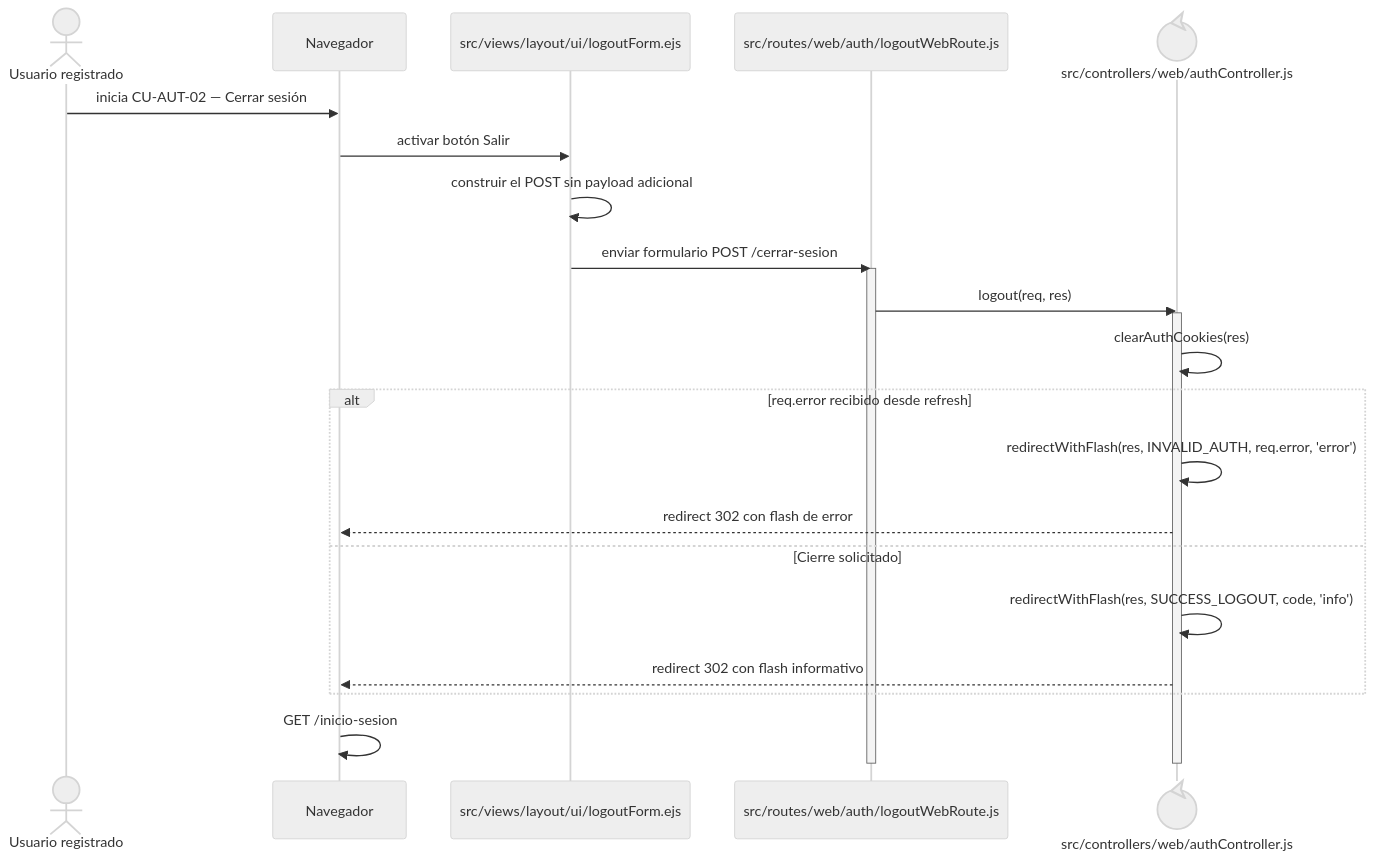
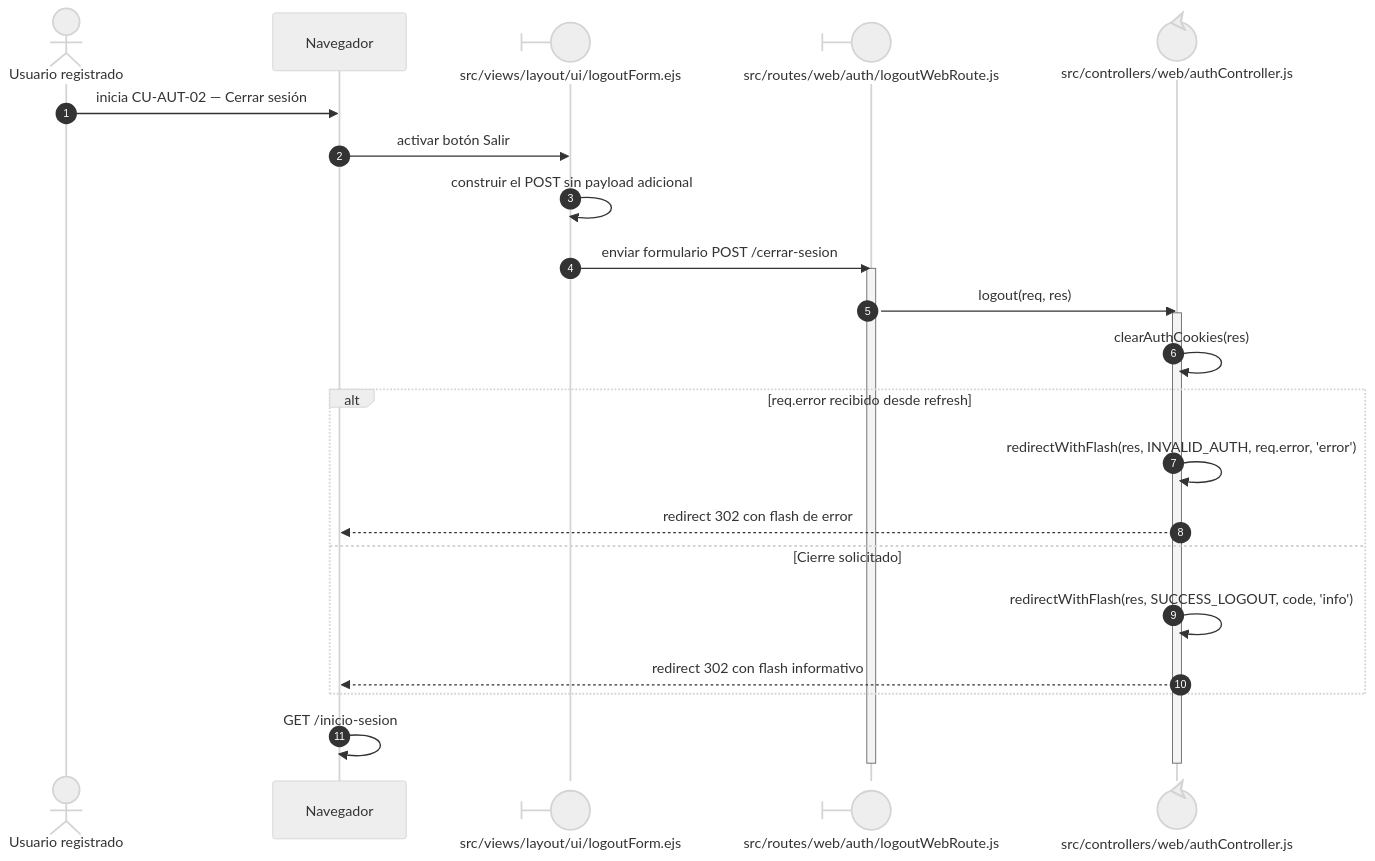
One commit to gpgsistemas01/nexus changed the diagram in docs/architecture/views/processes/frontend-code-sequences/authentication/cu-aut-02.md. Above: the diagram before and after it, drawn with Mermaid (neutral theme). The commit also changed 198 other files, not shown here.

Commit message:
docs: mejorar notación UML y distribución de diagramas Mermaid

````diff
--- a/docs/architecture/views/processes/frontend-code-sequences/authentication/cu-aut-02.md
+++ b/docs/architecture/views/processes/frontend-code-sequences/authentication/cu-aut-02.md
@@ -6,27 +6,28 @@
 ```mermaid
 sequenceDiagram
+    autonumber
     actor Initiator as Usuario registrado
     participant Browser as Navegador
-    participant View as src/views/layout/ui/logoutForm.ejs
-    participant Route as src/routes/web/auth/logoutWebRoute.js
+    participant View@{ "type": "boundary" } as src/views/layout/ui/logoutForm.ejs
+    participant Route@{ "type": "boundary" } as src/routes/web/auth/logoutWebRoute.js
     participant Controller@{ "type": "control" } as src/controllers/web/authController.js
 
     Initiator->>Browser: inicia CU-AUT-02 — Cerrar sesión
     Browser->>View: activar botón Salir
     View->>View: construir el POST sin payload adicional
     View->>Route: enviar formulario POST /cerrar-sesion
     activate Route
     Route->>Controller: logout(req, res)
     activate Controller
     Controller->>Controller: clearAuthCookies(res)
     alt req.error recibido desde refresh
         Controller->>Controller: redirectWithFlash(res, INVALID_AUTH, req.error, 'error')
         Controller-->>Browser: redirect 302 con flash de error
     else Cierre solicitado
         Controller->>Controller: redirectWithFlash(res, SUCCESS_LOGOUT, code, 'info')
         Controller-->>Browser: redirect 302 con flash informativo
     end
     Browser->>Browser: GET /inicio-sesion
     deactivate Controller
     deactivate Route
 ```
````
